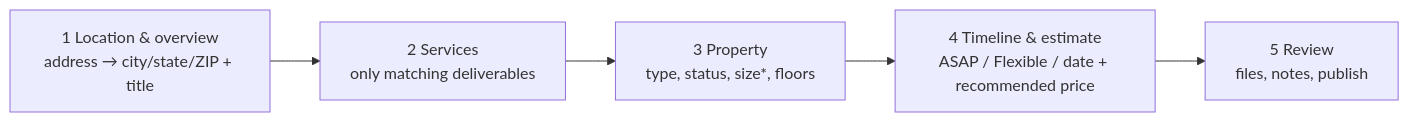
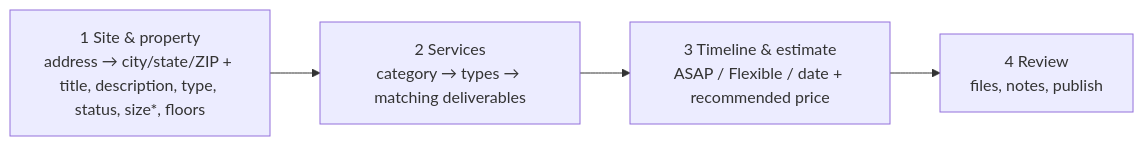
One commit to nilvbs/virtualbuildingstudio-build-monorepo changed the eighth of 9 diagrams in docs/BUSINESS_LOGIC.md. Above: the diagram before and after it, drawn with Mermaid. The commit also changed other lines of this file and 7 other files, not shown here.

Commit message:
feat(brief): 4-step brief - site & property merged into step 1, category > type > deliverable dropdowns, compact description, drop site-access and unconfirmed-address options

````diff
--- a/docs/BUSINESS_LOGIC.md
+++ b/docs/BUSINESS_LOGIC.md
@@ -182,7 +182,6 @@
 ```mermaid
 flowchart LR
-  L["1 Location & overview<br/>address → city/state/ZIP + title"] --> S["2 Services<br/>only matching deliverables"]
-  S --> P["3 Property<br/>type, status, size*, floors"]
-  P --> B["4 Timeline & estimate<br/>ASAP / Flexible / date + recommended price"]
-  B --> R["5 Review<br/>files, notes, publish"]
+  L["1 Site & property<br/>address → city/state/ZIP + title, description, type, status, size*, floors"] --> S["2 Services<br/>category → types → matching deliverables"]
+  S --> B["3 Timeline & estimate<br/>ASAP / Flexible / date + recommended price"]
+  B --> R["4 Review<br/>files, notes, publish"]
 ```
````
